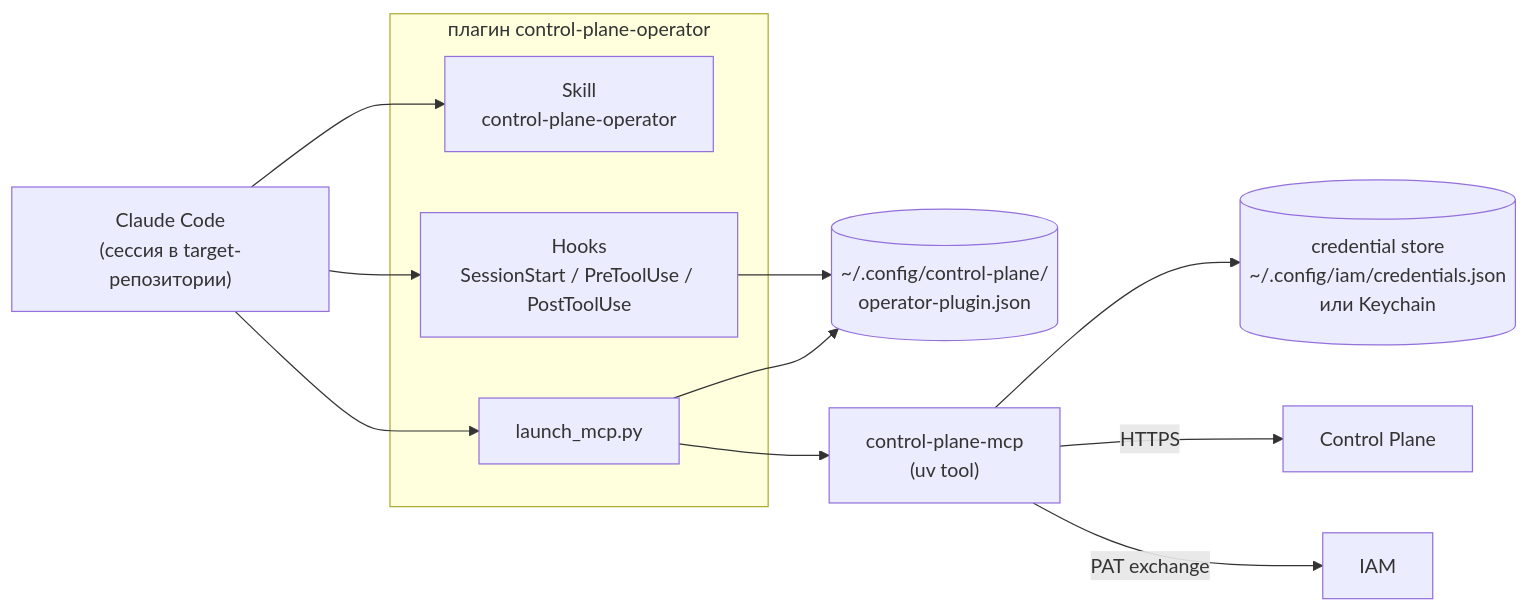
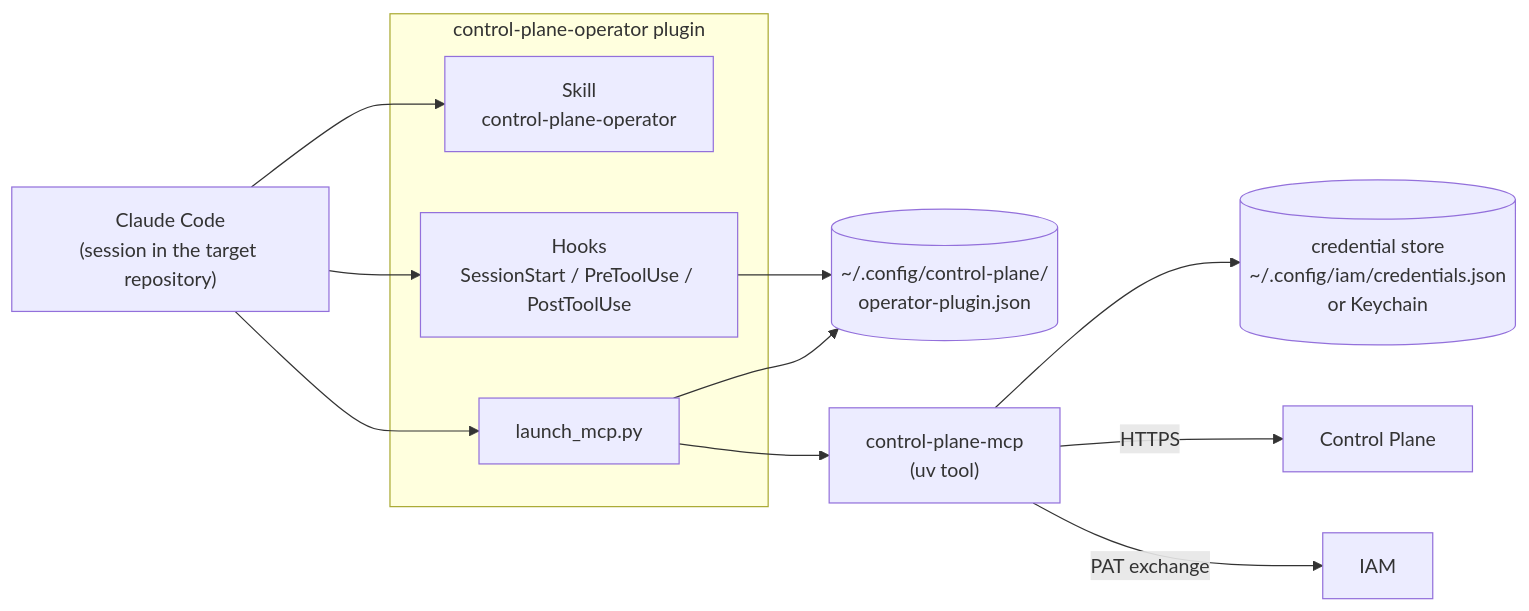
The diagram in guide/docs/operator/mcp-plugin.md (monthu56/taimen), drawn with Mermaid before and after one commit. The commit also changed other lines of this file and 183 other files, not shown here.

````diff
--- a/guide/docs/operator/mcp-plugin.md
+++ b/guide/docs/operator/mcp-plugin.md
@@ -10,20 +11,20 @@
 ```mermaid
 flowchart LR
-    CC["Claude Code<br/>(сессия в target-репозитории)"]
-    subgraph Plugin["плагин control-plane-operator"]
+    CC["Claude Code<br/>(session in the target repository)"]
+    subgraph Plugin["control-plane-operator plugin"]
         SK["Skill<br/>control-plane-operator"]
         HK["Hooks<br/>SessionStart / PreToolUse / PostToolUse"]
         L["launch_mcp.py"]
     end
     CFG[("~/.config/control-plane/<br/>operator-plugin.json")]
     MCP["control-plane-mcp<br/>(uv tool)"]
-    CS[("credential store<br/>~/.config/iam/credentials.json<br/>или Keychain")]
+    CS[("credential store<br/>~/.config/iam/credentials.json<br/>or Keychain")]
     CC --> SK
     CC --> HK
     CC --> L --> MCP
     HK --> CFG
     L --> CFG
     MCP --> CS
     MCP -- "HTTPS" --> CP["Control Plane"]
     MCP -- "PAT exchange" --> IAM["IAM"]
 ```
````
